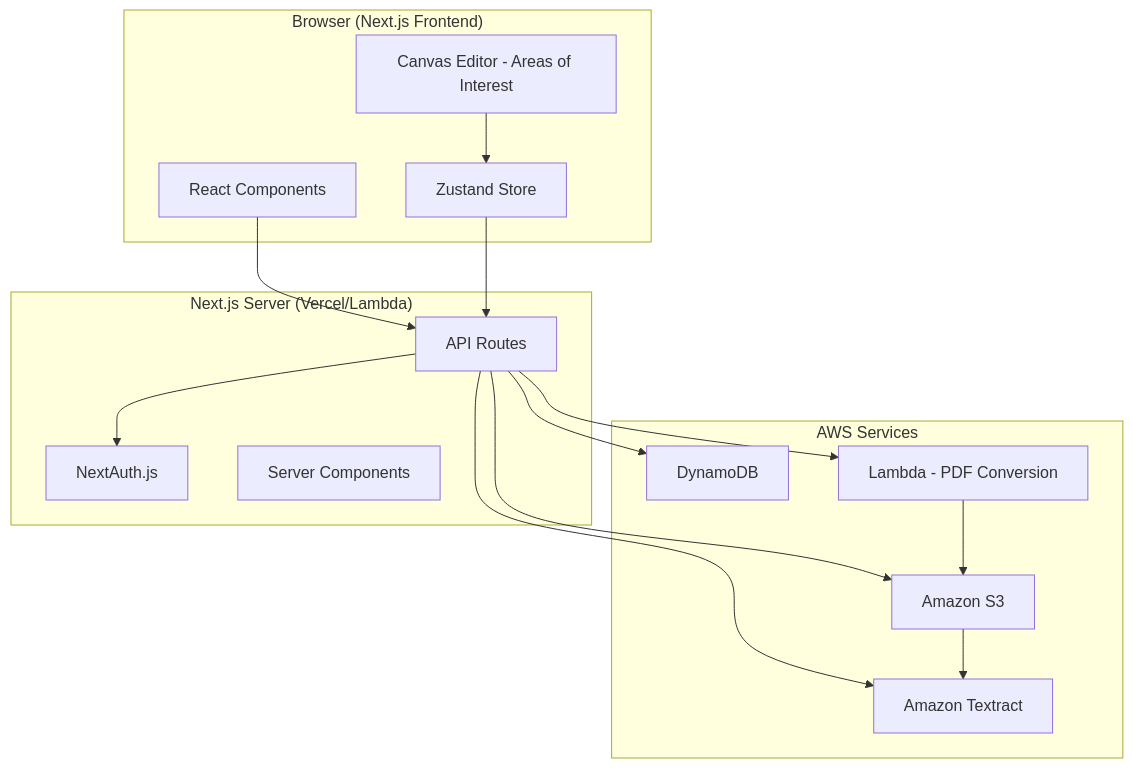
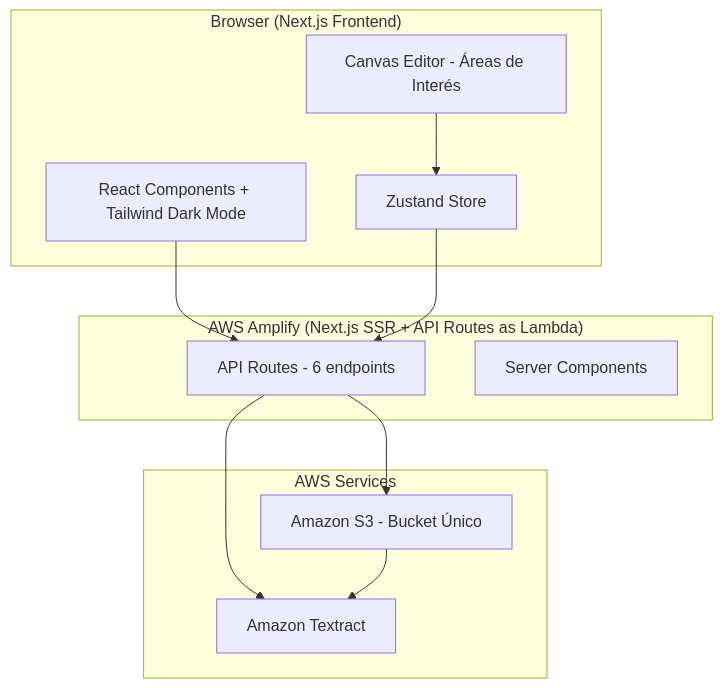
Before and after one commit to SEBAS200309/HACKATON: the first of 3 diagrams in .kiro/specs/document-digitization/design.md, drawn with Mermaid. The commit also changed other lines of this file, not shown here.

````diff
--- a/.kiro/specs/document-digitization/design.md
+++ b/.kiro/specs/document-digitization/design.md
@@ -30,32 +31,25 @@
 ```mermaid
 graph TB
     subgraph Client["Browser (Next.js Frontend)"]
-        UI[React Components]
-        Canvas[Canvas Editor - Areas of Interest]
+        UI[React Components + Tailwind Dark Mode]
+        Canvas[Canvas Editor - Áreas de Interés]
         State[Zustand Store]
     end
 
-    subgraph NextJS["Next.js Server (Vercel/Lambda)"]
-        API[API Routes]
-        Auth[NextAuth.js]
+    subgraph Amplify["AWS Amplify (Next.js SSR + API Routes as Lambda)"]
+        API[API Routes - 6 endpoints]
         SSR[Server Components]
     end
 
     subgraph AWS["AWS Services"]
-        S3[Amazon S3]
+        S3[Amazon S3 - Bucket Único]
         Textract[Amazon Textract]
-        DynamoDB[DynamoDB]
-        Lambda[Lambda - PDF Conversion]
     end
 
     UI --> API
     Canvas --> State
     State --> API
-    API --> Auth
     API --> S3
     API --> Textract
-    API --> DynamoDB
-    API --> Lambda
     S3 --> Textract
-    Lambda --> S3
 ```
````
